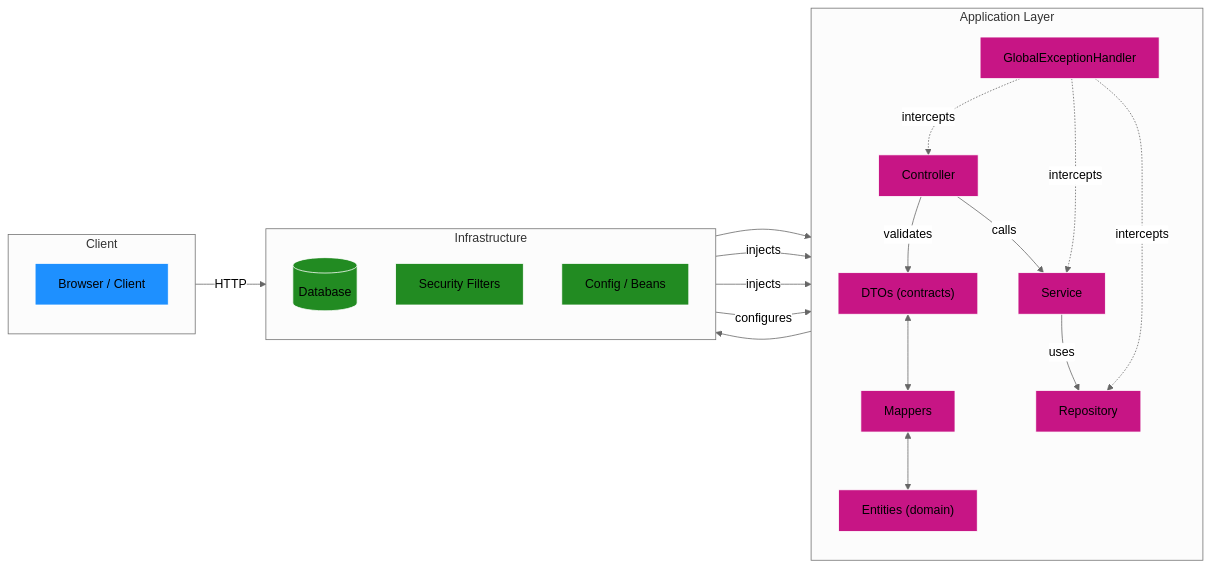
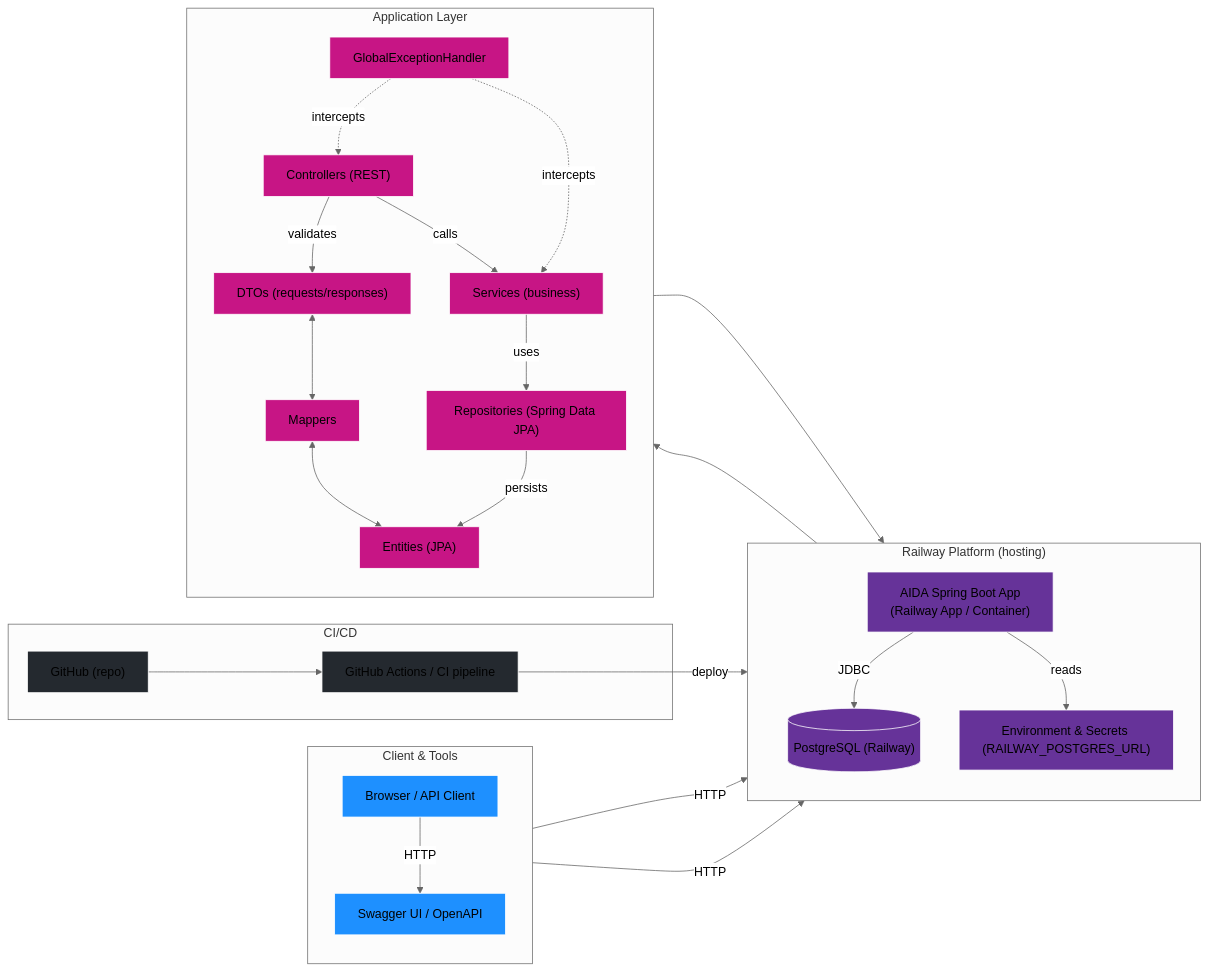
The diagram in README.md (Shiny-Syntax/aida-apiRESTful-BackEnd), drawn with Mermaid (neutral theme) before and after one commit. The commit also changed other lines of this file, not shown here.

````diff
--- a/README.md
+++ b/README.md
@@ -213,55 +287,66 @@
 ```mermaid
 graph LR
   %% ===== CLIENT =====
-  subgraph Client["Client"]
+  %% ===== CLIENT & TOOLS =====
+  subgraph Client["Client & Tools"]
     direction TB
-    A["Browser / Client"]
+    A["Browser / API Client"]
+    SW["Swagger UI / OpenAPI"]
   end
 
-  %% ===== API =====
-  subgraph API["Application Layer"]
+  %% ===== DEPLOY & INFRA =====
+  subgraph Platform["Railway Platform (hosting)"]
     direction TB
-    C["Controller"]
-    D["DTOs (contracts)"]
+    App["AIDA Spring Boot App\n(Railway App / Container)"]
+    PG[("PostgreSQL (Railway)")]
+    Secrets["Environment & Secrets (RAILWAY_POSTGRES_URL)"]
+  end
+
+  %% ===== CI/CD =====
+  subgraph CI["CI/CD"]
+    GH["GitHub (repo)"]
+    Actions["GitHub Actions / CI pipeline"]
+  end
+
+  %% ===== APPLICATION LAYERS =====
+  subgraph AppLayer["Application Layer"]
+    direction TB
+    C["Controllers (REST)"]
+    D["DTOs (requests/responses)"]
     M["Mappers"]
-    S["Service"]
-    R["Repository"]
-    E["Entities (domain)"]
+    S["Services (business)"]
+    R["Repositories (Spring Data JPA)"]
+    E["Entities (JPA)"]
     EX["GlobalExceptionHandler"]
   end
 
-  %% ===== INFRA =====
-  subgraph Infra["Infrastructure"]
-    direction TB
-    DB[("Database")]
-    SEC["Security Filters"]
-    CFG["Config / Beans"]
-  end
+  %% ===== RELATIONSHIPS =====
+  A -->|HTTP| SW
+  SW -->|HTTP| App
+  A -->|HTTP| App
+  App -->|JDBC| PG
+  App -->|reads| Secrets
+  GH --> Actions -->|deploy| App
 
-  %% ===== RELATIONSHIPS =====
-  A -->|HTTP| SEC
-  SEC --> C
+  App --> C
   C -->|validates| D
   C -->|calls| S
-  %% mappers are used by controllers and services to transform DTO <-> Entity
   D <--> M
   M <--> E
   S -->|uses| R
-  R --> DB
-  %% exception handler intercepts exceptions from controllers, services and repositories
+  R -->|persists| E
+  R --> PG
   EX -.->|intercepts| C
   EX -.->|intercepts| S
-  EX -.->|intercepts| R
-  CFG -->|injects| C
-  CFG -->|injects| S
-  CFG -->|configures| R
 
   %% ===== STYLES =====
   classDef client fill:#1E90FF,stroke:#ffffff,stroke-width:1px;
-  classDef api fill:#C71585,stroke:#ffffff,stroke-width:1px;
-  classDef infra fill:#228B22,stroke:#ffffff,stroke-width:1px;
-  
-  class A client;
-  class C,D,M,S,R,E,EX api;
-  class CFG,DB,SEC infra;
+  classDef platform fill:#663399,stroke:#ffffff,stroke-width:1px;
+  classDef ci fill:#24292f,stroke:#ffffff,stroke-width:1px;
+  classDef app fill:#C71585,stroke:#ffffff,stroke-width:1px;
+
+  class A,SW client;
+  class App,PG,Secrets platform;
+  class GH,Actions ci;
+  class C,D,M,S,R,E,EX app;
 ```
````
